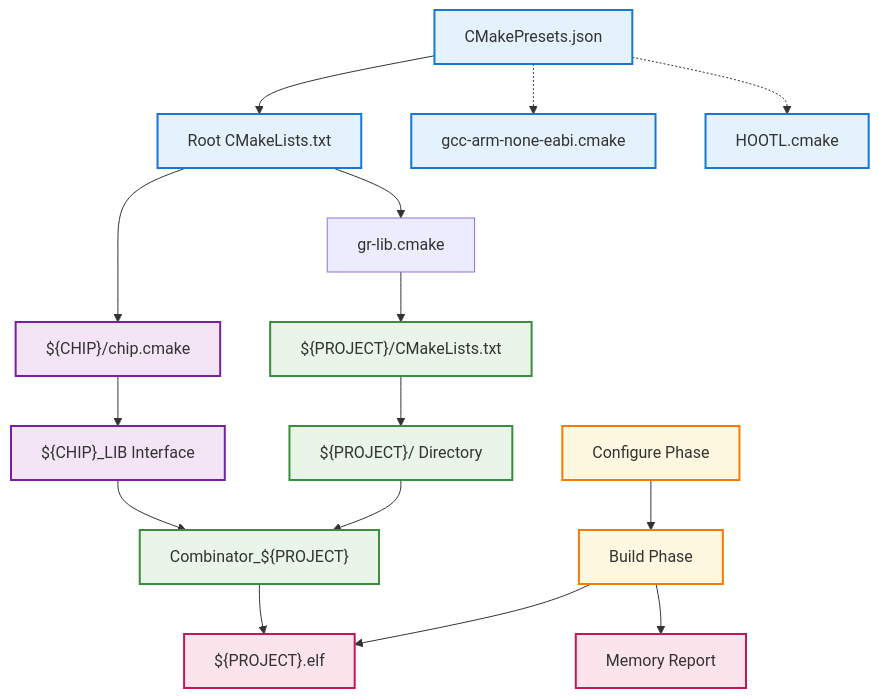
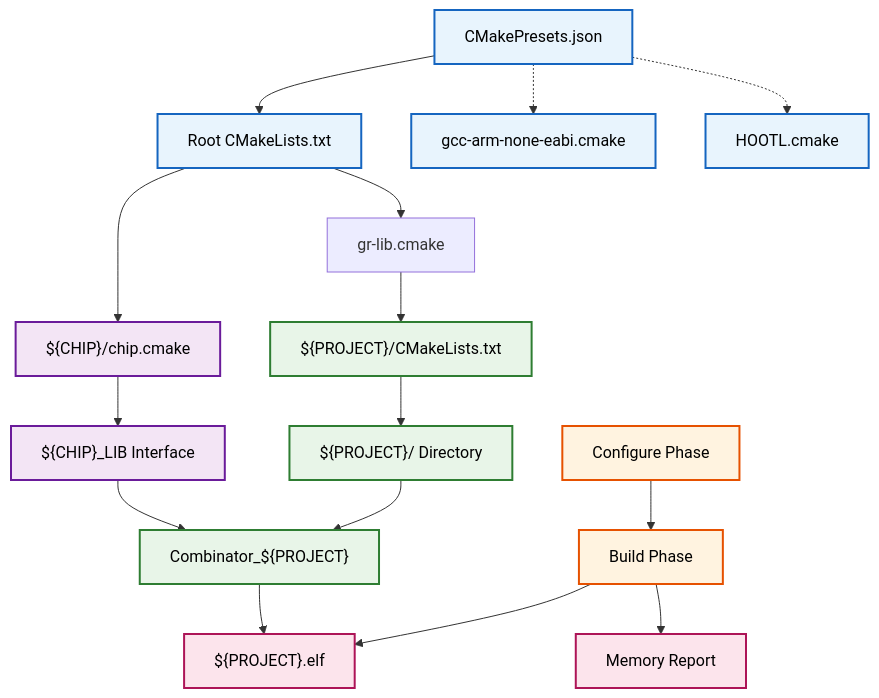
The diagram in CMAKE.md (Gaucho-Racing/Firmware), drawn with Mermaid before and after one commit. The commit also changed other lines of this file, not shown here.

````diff
--- a/CMAKE.md
+++ b/CMAKE.md
@@ -44,41 +44,41 @@
 ```mermaid
 flowchart TD
     %% Configuration Layer
     Presets["CMakePresets.json"] --> Root["Root CMakeLists.txt"]
     Presets -.-> Toolchain1["gcc-arm-none-eabi.cmake"]
     Presets -.-> Toolchain2["HOOTL.cmake"]
     
     %% Core Flow
     Root --> GRLib["gr-lib.cmake"]
     Root --> ChipConfig["${CHIP}/chip.cmake"]
     
     %% Platform & Project
     GRLib --> ProjectCMake["${PROJECT}/CMakeLists.txt"]
     ChipConfig --> PlatformLib["${CHIP}_LIB Interface"]
     
     %% Linking
     ProjectCMake --> UserCode["${PROJECT}/ Directory"]
     PlatformLib --> Combinator["Combinator_${PROJECT}"]
     UserCode --> Combinator
     
     %% Output
     Combinator --> Executable["${PROJECT}.elf"]
     
     %% Build Process
     Configure["Configure Phase"] --> Build["Build Phase"]
     Build --> Memory["Memory Report"]
     Build --> Executable
     
     %% Styling
-    classDef config fill:#e3f2fd,stroke:#1976d2,stroke-width:2px
-    classDef platform fill:#f3e5f5,stroke:#7b1fa2,stroke-width:2px
-    classDef project fill:#e8f5e8,stroke:#388e3c,stroke-width:2px
-    classDef build fill:#fff8e1,stroke:#f57c00,stroke-width:2px
-    classDef output fill:#fce4ec,stroke:#c2185b,stroke-width:2px
+    classDef config fill:#E8F4FD,stroke:#1565C0,stroke-width:2px,color:#000000
+    classDef platform fill:#F3E5F5,stroke:#6A1B9A,stroke-width:2px,color:#000000
+    classDef project fill:#E8F5E8,stroke:#2E7D32,stroke-width:2px,color:#000000
+    classDef build fill:#FFF3E0,stroke:#E65100,stroke-width:2px,color:#000000
+    classDef output fill:#FCE4EC,stroke:#AD1457,stroke-width:2px,color:#000000
     
     class Presets,Root,Toolchain1,Toolchain2 config
     class ChipConfig,PlatformLib platform
     class ProjectCMake,UserCode,Combinator project
     class Configure,Build build
     class Executable,Memory output
 ```
````
